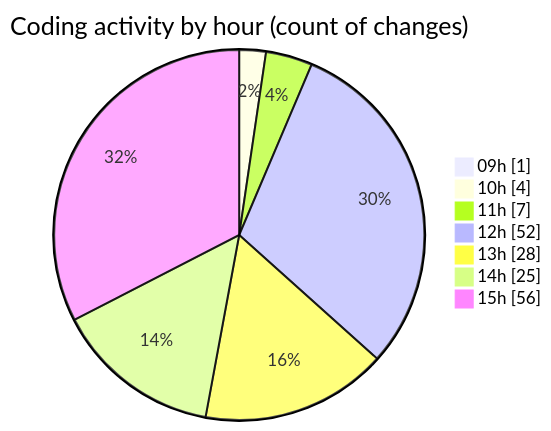
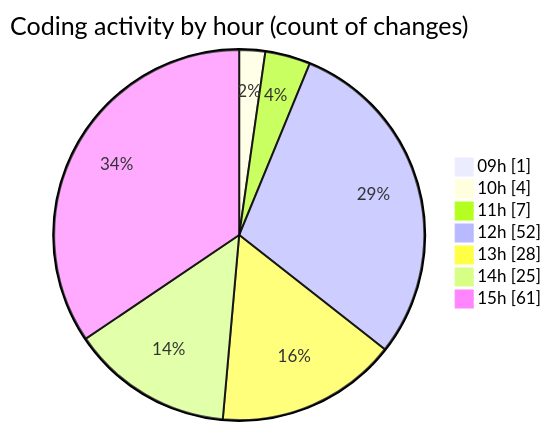
The second of 2 diagrams in 2025-04-07/cda/README.md (momahboobian/code-tracking), drawn with Mermaid before and after one commit. The commit also changed other lines of this file and 1 other file, not shown here.

````diff
--- a/2025-04-07/cda/README.md
+++ b/2025-04-07/cda/README.md
@@ -36,11 +36,11 @@
 ```mermaid
 pie showData
 title Coding activity by hour (count of changes)
 "09h" : 1
 "10h" : 4
 "11h" : 7
 "12h" : 52
 "13h" : 28
 "14h" : 25
-"15h" : 56
+"15h" : 61
 ```
````
